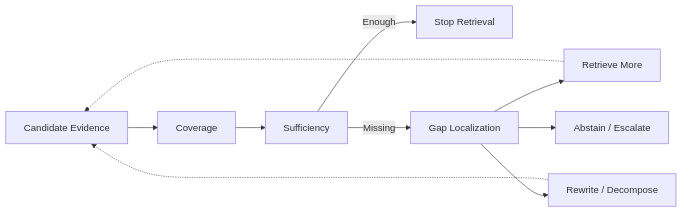
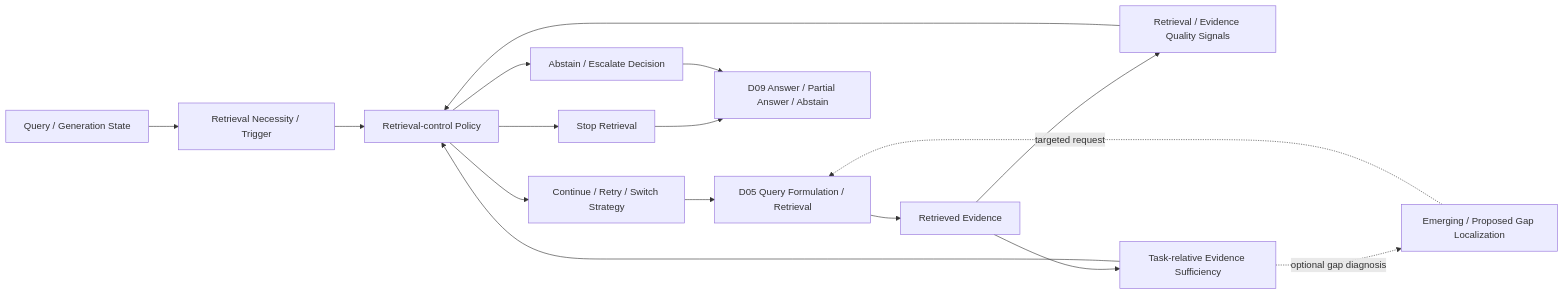
Before and after one commit to Cycl0n3-ga/RAG-survey: the diagram in 02 - 研究領域專題 (Research Domains)/Domain 06 - Evidence Sufficiency & Adaptive Retrieval.md, drawn with Mermaid. The commit also changed other lines of this file and 18 other files, not shown here.

````diff
--- a/02 - 研究領域專題 (Research Domains)/Domain 06 - Evidence Sufficiency & Adaptive Retrieval.md
+++ b/02 - 研究領域專題 (Research Domains)/Domain 06 - Evidence Sufficiency & Adaptive Retrieval.md
@@ -18,12 +18,18 @@
 ```mermaid
 flowchart LR
-    EV["Candidate Evidence"] --> COV["Coverage"]
-    COV --> SUFF["Sufficiency"]
-    SUFF -->|Enough| STOP["Stop Retrieval"]
-    SUFF -->|Missing| GAP["Gap Localization"]
-    GAP --> RET["Retrieve More"]
-    GAP --> RW["Rewrite / Decompose"]
-    GAP --> AB["Abstain / Escalate"]
-    RET -.-> EV
-    RW -.-> EV
+    Q["Query / Generation State"] --> N["Retrieval Necessity / Trigger"]
+    N --> P["Retrieval-control Policy"]
+    EV["Retrieved Evidence"] --> QA["Retrieval / Evidence Quality Signals"]
+    EV --> SU["Task-relative Evidence Sufficiency"]
+    QA --> P
+    SU --> P
+    P --> MORE["Continue / Retry / Switch Strategy"]
+    P --> STOP["Stop Retrieval"]
+    P --> ESC["Abstain / Escalate Decision"]
+    MORE --> D05["D05 Query Formulation / Retrieval"]
+    D05 --> EV
+    STOP --> OUT["D09 Answer / Partial Answer / Abstain"]
+    ESC --> OUT
+    SU -. "optional gap diagnosis" .-> GAP["Emerging / Proposed Gap Localization"]
+    GAP -. "targeted request" .-> D05
 ```
````
